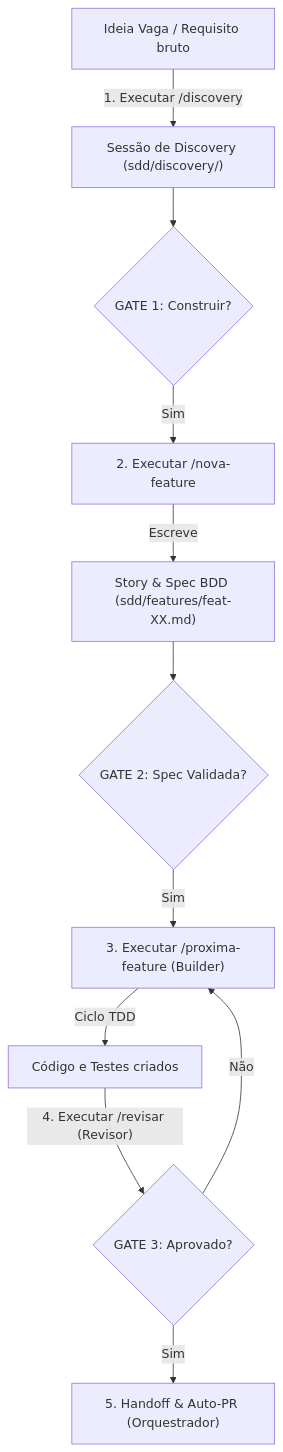
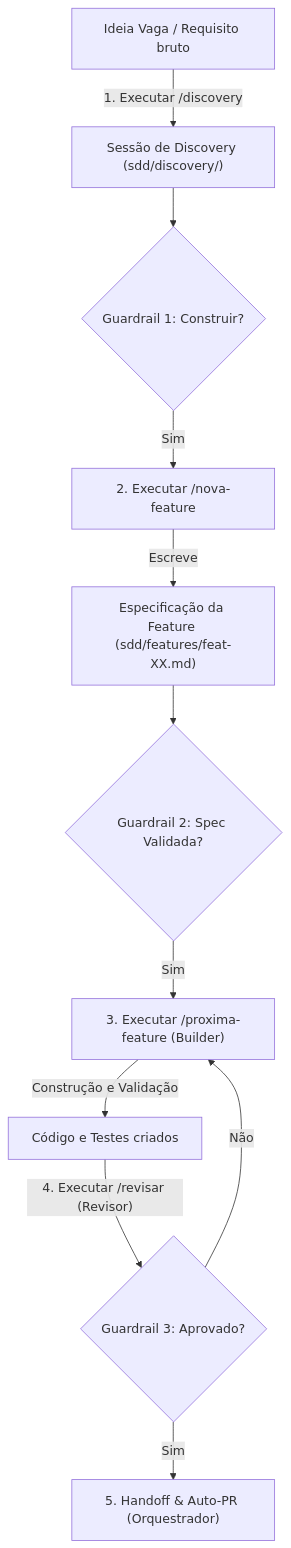
Before and after one commit to nathanramorim/forge-sdd: the third of 6 diagrams in docs/arquitetura-e-fluxo-forge-sdd.md, drawn with Mermaid. The commit also changed other lines of this file, not shown here.

Commit message:
docs: refactor architecture documentation to use native forge-sdd terminology and remove references to external frameworks

````diff
--- a/docs/arquitetura-e-fluxo-forge-sdd.md
+++ b/docs/arquitetura-e-fluxo-forge-sdd.md
@@ -163,13 +163,13 @@
 ```mermaid
 graph TD
     Idea["Ideia Vaga / Requisito bruto"] -->|"1. Executar /discovery"| Disc["Sessão de Discovery (sdd/discovery/)"]
-    Disc --> G1{"GATE 1: Construir?"}
+    Disc --> G1{"Guardrail 1: Construir?"}
     G1 -->|"Sim"| Feature["2. Executar /nova-feature"]
-    Feature -->|"Escreve"| Spec["Story & Spec BDD (sdd/features/feat-XX.md)"]
-    Spec --> G2{"GATE 2: Spec Validada?"}
+    Feature -->|"Escreve"| Spec["Especificação da Feature (sdd/features/feat-XX.md)"]
+    Spec --> G2{"Guardrail 2: Spec Validada?"}
     G2 -->|"Sim"| Dev["3. Executar /proxima-feature (Builder)"]
-    Dev -->|"Ciclo TDD"| Code["Código e Testes criados"]
-    Code -->|"4. Executar /revisar (Revisor)"| Rev{"GATE 3: Aprovado?"}
+    Dev -->|"Construção e Validação"| Code["Código e Testes criados"]
+    Code -->|"4. Executar /revisar (Revisor)"| Rev{"Guardrail 3: Aprovado?"}
     Rev -->|"Sim"| Close["5. Handoff & Auto-PR (Orquestrador)"]
     Rev -->|"Não"| Dev
 ```
````
